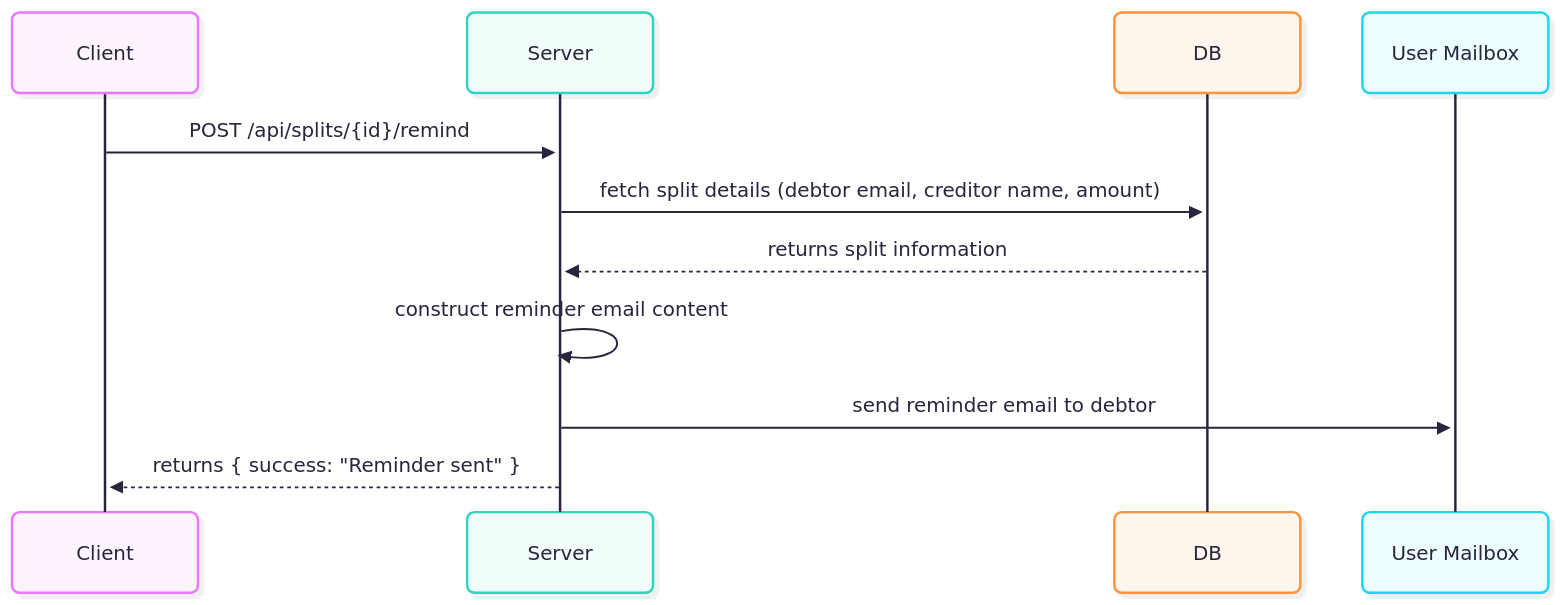
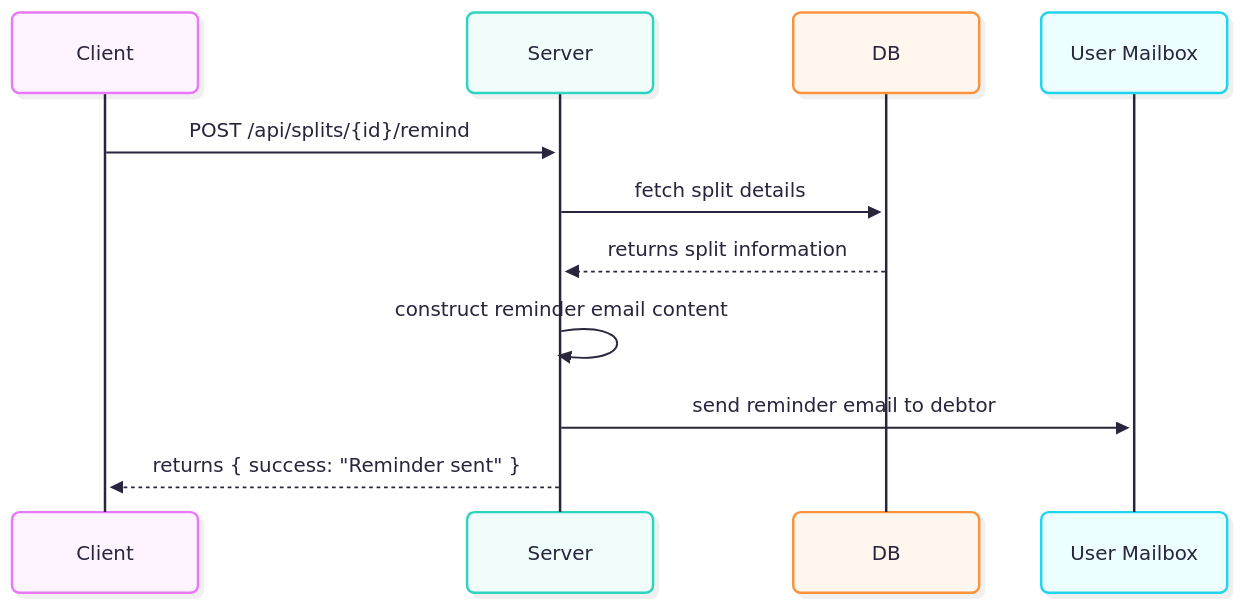
The diagram in mermaid/fairshare/fs-mail.mmd (addy118/portfolio), drawn with Mermaid before and after one commit. The commit also changed 12 other files, not shown here.

```diff
--- a/mermaid/fairshare/fs-mail.mmd
+++ b/mermaid/fairshare/fs-mail.mmd
@@ -1,18 +1,18 @@
 ---
 config:
   theme: redux-color
   look: neo
 ---
 sequenceDiagram
     participant Client
     participant Server 
     participant DB 
     participant User Mailbox
 
     Client->>Server: POST /api/splits/{id}/remind
-    Server->>DB: fetch split details (debtor email, creditor name, amount)
+    Server->>DB: fetch split details 
     DB-->>Server: returns split information
 
     Server->>Server: construct reminder email content
     Server->>User Mailbox: send reminder email to debtor
     Server-->>Client: returns { success: "Reminder sent" }
```
